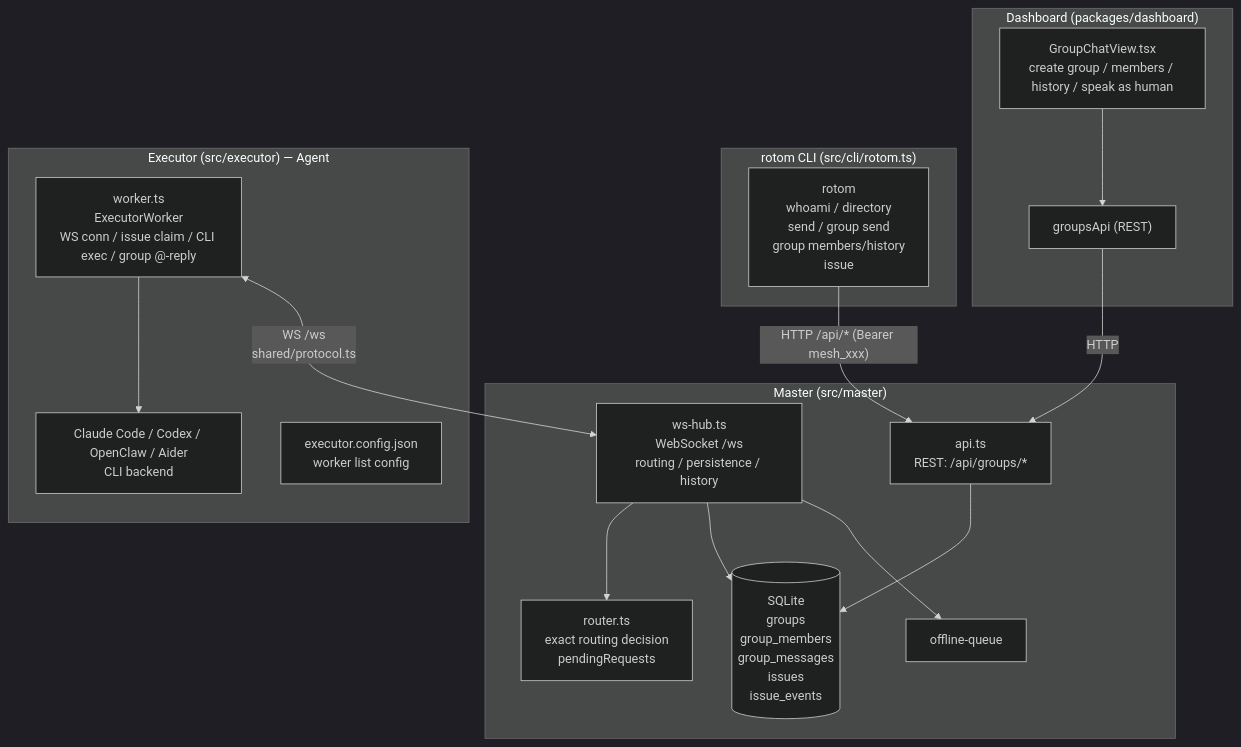
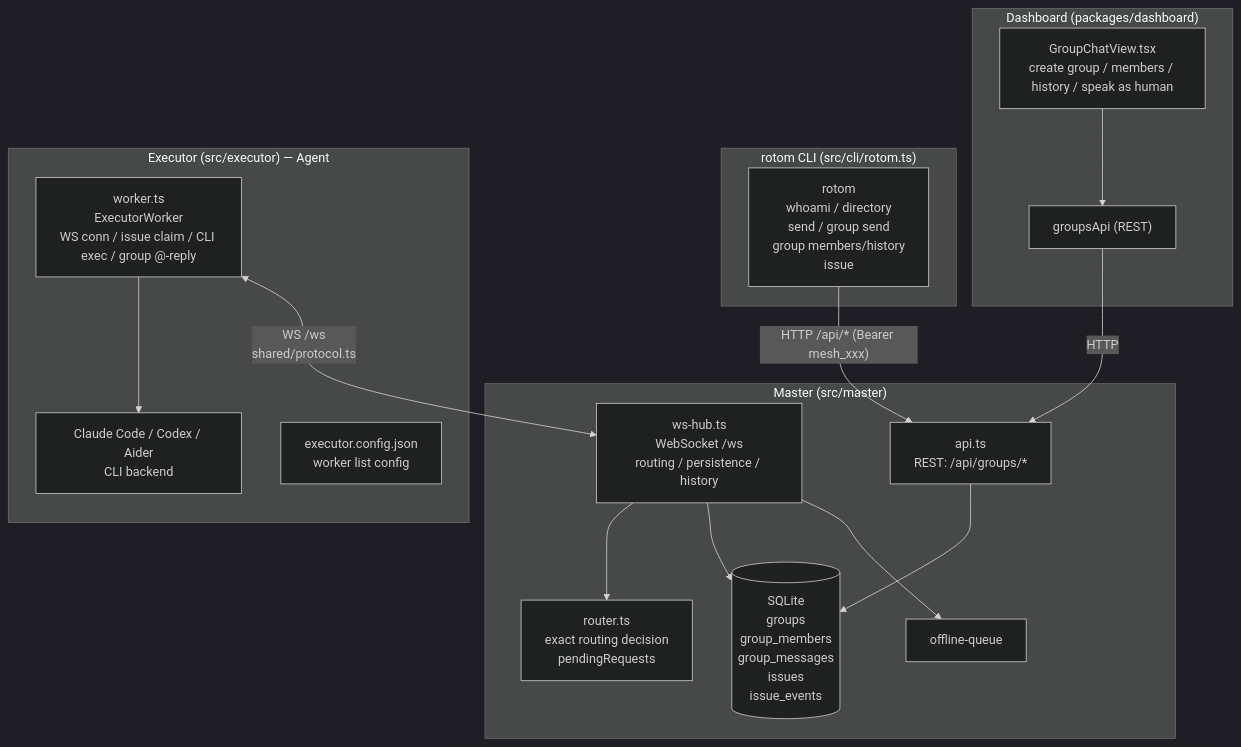
The first of 4 diagrams in packages/website/docs/en/dev/group_chat_architecture.md (konglx90/rotom), drawn with Mermaid (dark theme) before and after one commit. The commit also changed other lines of this file and 37 other files, not shown here.

````diff
--- a/packages/website/docs/en/dev/group_chat_architecture.md
+++ b/packages/website/docs/en/dev/group_chat_architecture.md
@@ -133,36 +133,36 @@
 ```mermaid
 flowchart TB
   subgraph Dashboard["Dashboard (packages/dashboard)"]
     GCV["GroupChatView.tsx<br/>create group / members / history / speak as human"]
     GAPI["groupsApi (REST)"]
     GCV --> GAPI
   end
 
   subgraph Master["Master (src/master)"]
     API["api.ts<br/>REST: /api/groups/*"]
     HUB["ws-hub.ts<br/>WebSocket /ws<br/>routing / persistence / history"]
     ROUTER["router.ts<br/>exact routing decision<br/>pendingRequests"]
     DB[("SQLite<br/>groups<br/>group_members<br/>group_messages<br/>issues<br/>issue_events")]
     OQ["offline-queue"]
 
     API --> DB
     HUB --> ROUTER
     HUB --> DB
     HUB --> OQ
   end
 
   subgraph CLI_["rotom CLI (src/cli/rotom.ts)"]
     ROT["rotom<br/>whoami / directory<br/>send / group send<br/>group members/history<br/>issue"]
   end
 
   subgraph Executor["Executor (src/executor) — Agent"]
     EW["worker.ts<br/>ExecutorWorker<br/>WS conn / issue claim / CLI exec / group @-reply"]
-    CLI["Claude Code / Codex / OpenClaw / Aider<br/>CLI backend"]
+    CLI["Claude Code / Codex / Aider<br/>CLI backend"]
     ECFG["executor.config.json<br/>worker list config"]
     EW --> CLI
   end
 
   GAPI -- "HTTP" --> API
   ROT -- "HTTP /api/* (Bearer mesh_xxx)" --> API
   EW <-- "WS /ws<br/>shared/protocol.ts" --> HUB
 ```
````
